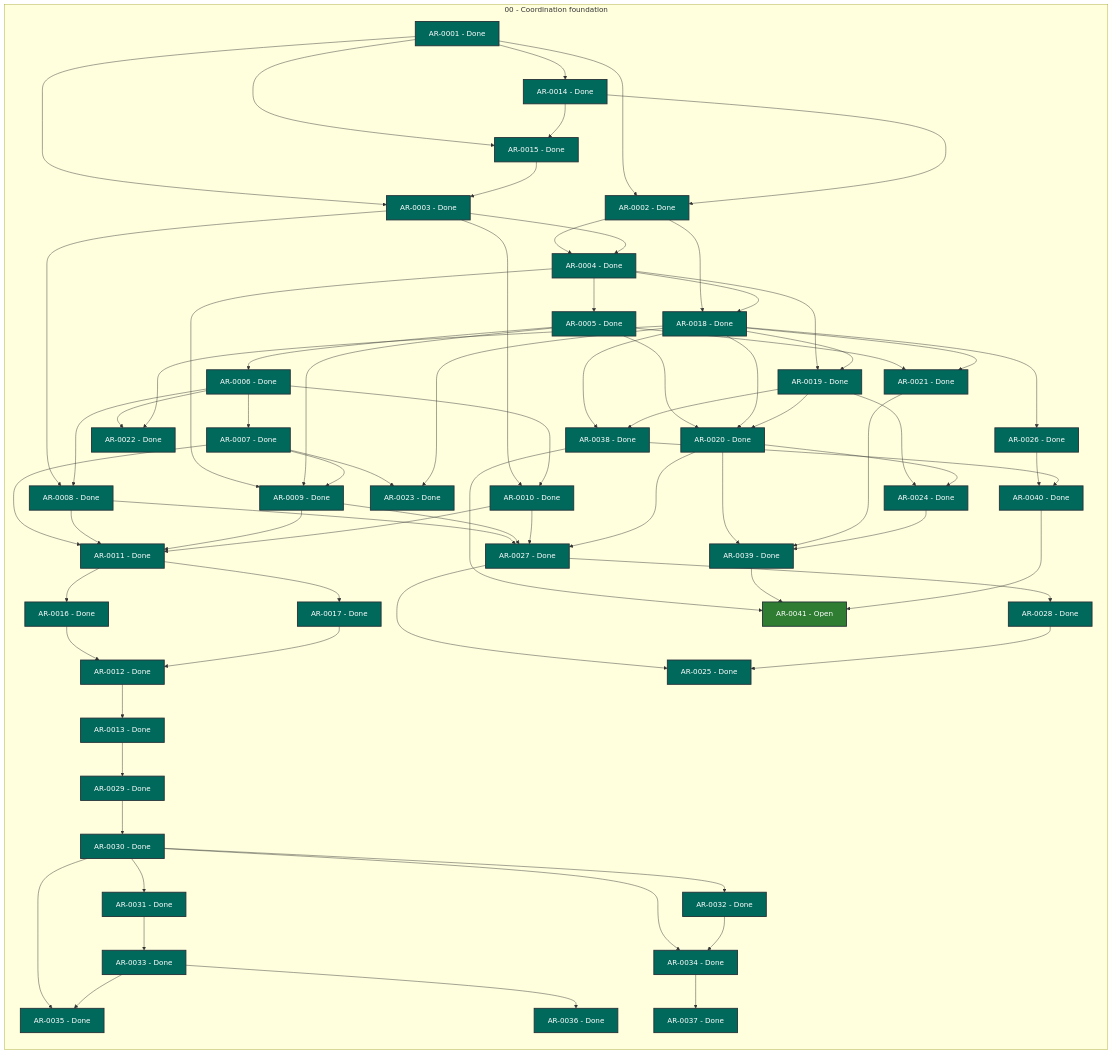
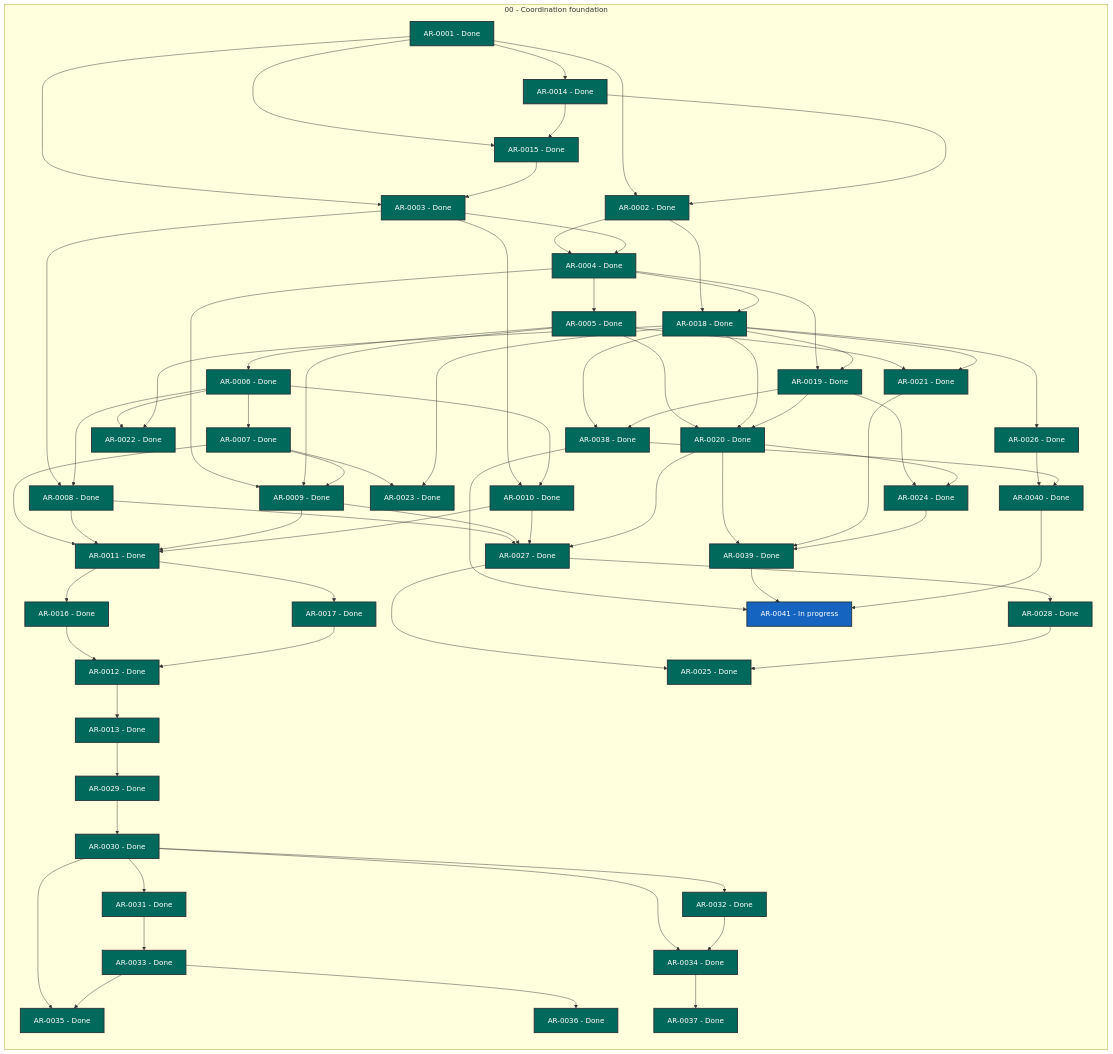
Before and after one commit to martin-beck/agent-workflow-tui-state: the diagram in STATUS.md, drawn with Mermaid. The commit also changed other lines of this file and 2 other files, not shown here.

```diff
--- a/STATUS.md
+++ b/STATUS.md
@@ -68,7 +68,7 @@
         AR_0038["AR-0038 - Done"]:::status_done
         AR_0039["AR-0039 - Done"]:::status_done
         AR_0040["AR-0040 - Done"]:::status_done
-        AR_0041["AR-0041 - Open"]:::status_open
+        AR_0041["AR-0041 - In progress"]:::status_in_progress
     end
     AR_0001 --> AR_0002
     AR_0001 --> AR_0003
```
